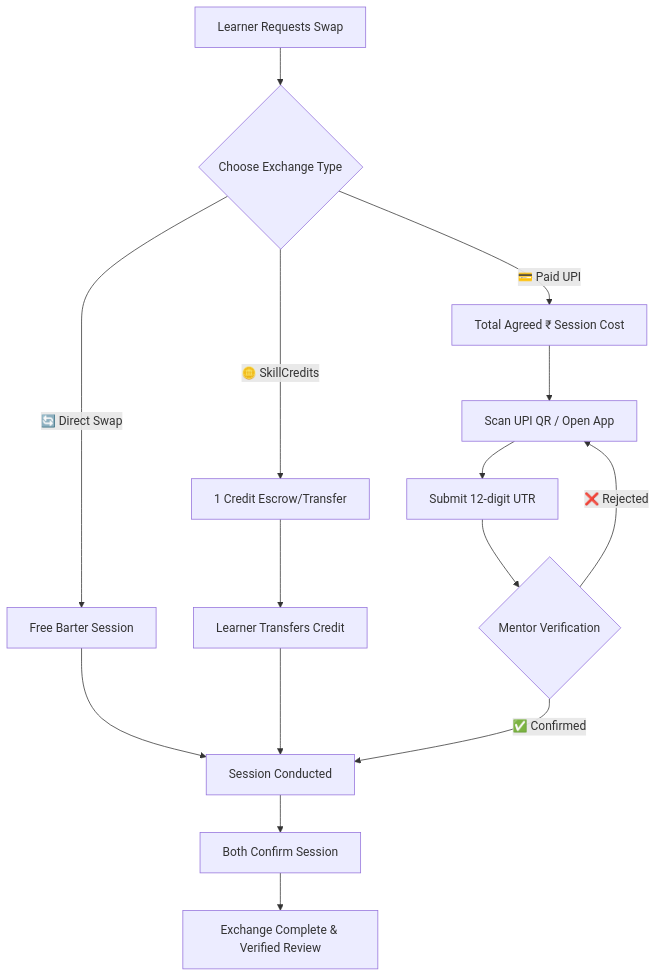
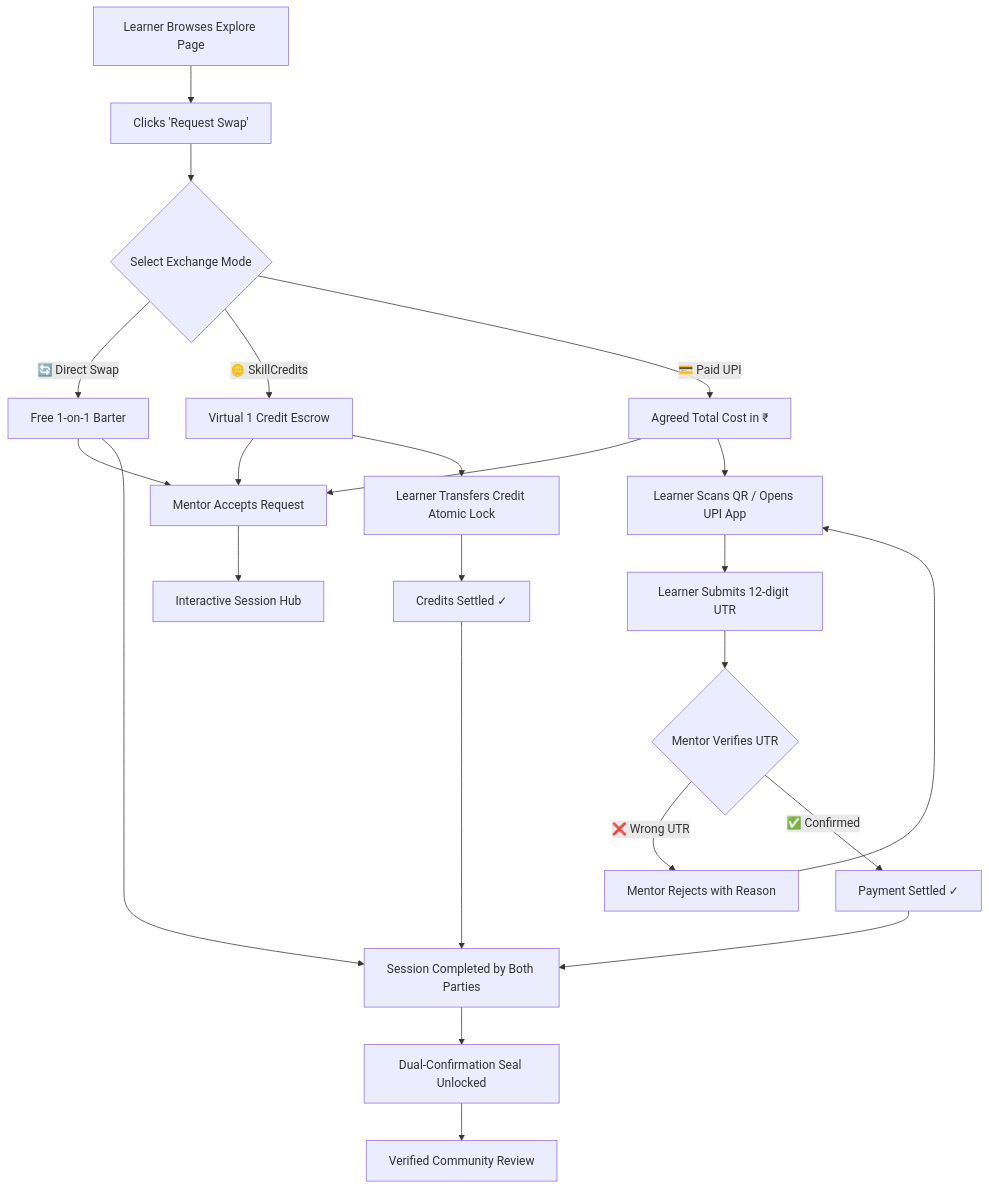
One commit to kaushik-53/SkillSwap changed the diagram in README.md. Above: the diagram before and after it, drawn with Mermaid. The commit also changed other lines of this file, not shown here.

````diff
--- a/README.md
+++ b/README.md
@@ -57,19 +87,32 @@
 ```mermaid
 graph TD
-    A[Learner Requests Swap] --> B{Choose Exchange Type}
-    B -->|🔄 Direct Swap| C[Free Barter Session]
-    B -->|🪙 SkillCredits| D[1 Credit Escrow/Transfer]
-    B -->|💳 Paid UPI| E[Total Agreed ₹ Session Cost]
+    A[Learner Browses Explore Page] --> B[Clicks 'Request Swap']
+    B --> C{Select Exchange Mode}
     
-    C --> F[Session Conducted]
-    D --> G[Learner Transfers Credit]
-    G --> F
-    E --> H[Scan UPI QR / Open App]
-    H --> I[Submit 12-digit UTR]
-    I --> J{Mentor Verification}
-    J -->|✅ Confirmed| F
-    J -->|❌ Rejected| H
+    C -->|🔄 Direct Swap| D[Free 1-on-1 Barter]
+    C -->|🪙 SkillCredits| E[Virtual 1 Credit Escrow]
+    C -->|💳 Paid UPI| F[Agreed Total Cost in ₹]
     
-    F --> K[Both Confirm Session]
-    K --> L[Exchange Complete & Verified Review]
+    D --> G[Mentor Accepts Request]
+    E --> G
+    F --> G
+    
+    G --> H[Interactive Session Hub]
+    
+    E --> I[Learner Transfers Credit Atomic Lock]
+    I --> J[Credits Settled ✓]
+    
+    F --> K[Learner Scans QR / Opens UPI App]
+    K --> L[Learner Submits 12-digit UTR]
+    L --> M{Mentor Verifies UTR}
+    M -->|❌ Wrong UTR| N[Mentor Rejects with Reason]
+    N --> K
+    M -->|✅ Confirmed| O[Payment Settled ✓]
+    
+    D --> P[Session Completed by Both Parties]
+    J --> P
+    O --> P
+    
+    P --> Q[Dual-Confirmation Seal Unlocked]
+    Q --> R[Verified Community Review]
 ```
````
